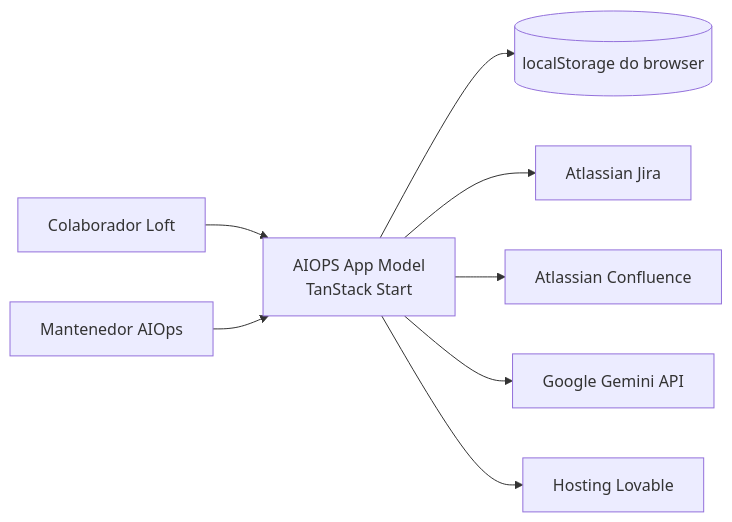
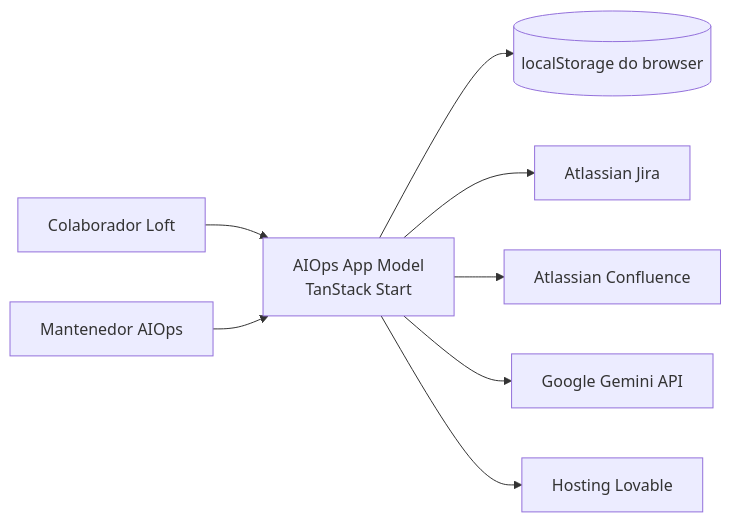
Before and after one commit to pycriador/olivelas-epicbuilder: the diagram in docs/pt-BR/architecture/system-context.md, drawn with Mermaid. The commit also changed other lines of this file and 171 other files, not shown here.

First line of the commit message:
Bring over AIOps Central launcher polish and rebrand to AIOps App Model.

````diff
--- a/docs/pt-BR/architecture/system-context.md
+++ b/docs/pt-BR/architecture/system-context.md
@@ -95,10 +95,10 @@
 ```mermaid
 flowchart LR
-  Colaborador[Colaborador Loft] --> Portal[AIOPS App Model\nTanStack Start]
+  Colaborador[Colaborador Loft] --> Portal[AIOps App Model\nTanStack Start]
   Mantenedor[Mantenedor AIOps] --> Portal
   Portal --> LS[(localStorage do browser)]
   Portal --> Jira[Atlassian Jira]
   Portal --> Conf[Atlassian Confluence]
   Portal --> Gemini[Google Gemini API]
   Portal --> Lovable[Hosting Lovable]
 ```
````
